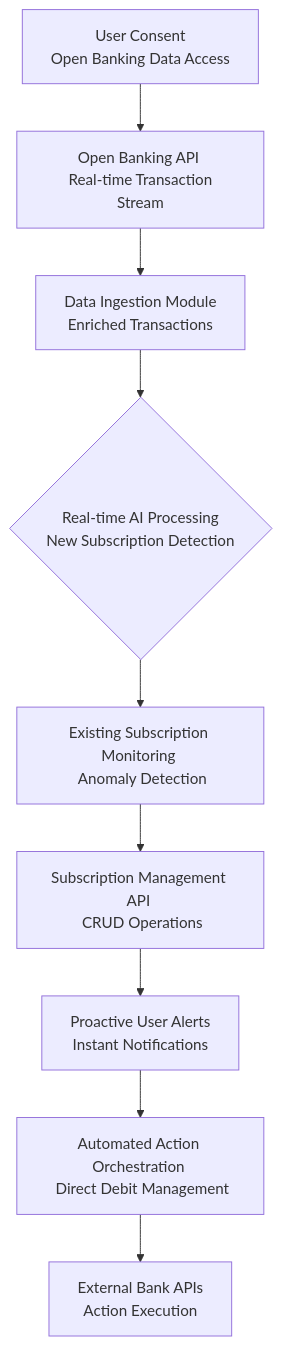
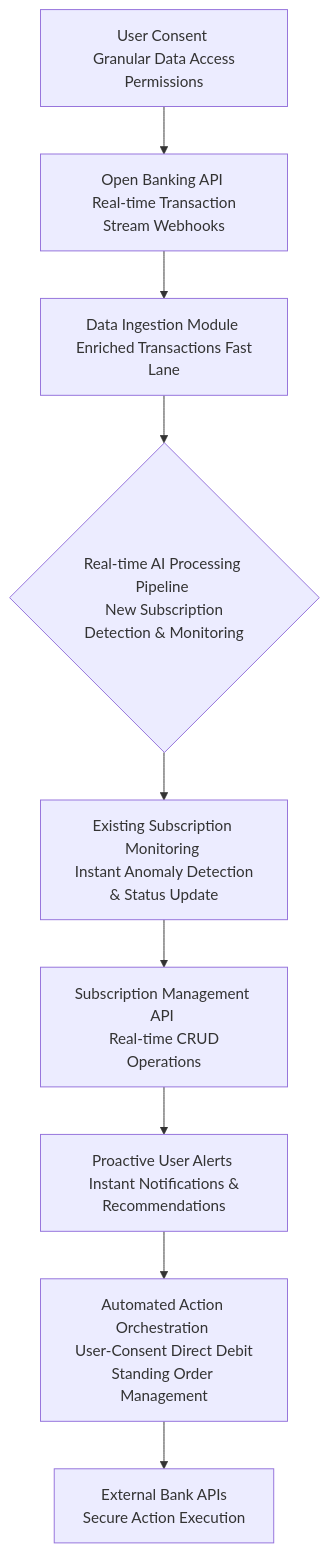
One commit to diplomat-bit/Citibank_Demo_Business_Inc_Demonstration- changed the seventh of 10 diagrams in inventions/006_ai_subscription_detection.md. Above: the diagram before and after it, drawn with Mermaid. The commit also changed other lines of this file, not shown here.

Commit message:
[AI] Edit: inventions/006_ai_subscription_detection.md

````diff
--- a/inventions/006_ai_subscription_detection.md
+++ b/inventions/006_ai_subscription_detection.md
@@ -244,11 +248,11 @@
 ```mermaid
 graph TD
-    A[User Consent <br/> Open Banking Data Access] --> B[Open Banking API <br/> Real-time Transaction Stream]
-    B --> C[Data Ingestion Module <br/> Enriched Transactions]
-    C --> D{Real-time AI Processing <br/> New Subscription Detection}
-    D --> E[Existing Subscription Monitoring <br/> Anomaly Detection]
-    E --> F[Subscription Management API <br/> CRUD Operations]
-    F --> G[Proactive User Alerts <br/> Instant Notifications]
-    G --> H[Automated Action Orchestration <br/> Direct Debit Management]
-    H --> I[External Bank APIs <br/> Action Execution]
+    A[User Consent <br/> Granular Data Access Permissions] --> B[Open Banking API <br/> Real-time Transaction Stream Webhooks]
+    B --> C[Data Ingestion Module <br/> Enriched Transactions Fast Lane]
+    C --> D{Real-time AI Processing Pipeline <br/> New Subscription Detection & Monitoring}
+    D --> E[Existing Subscription Monitoring <br/> Instant Anomaly Detection & Status Update]
+    E --> F[Subscription Management API <br/> Real-time CRUD Operations]
+    F --> G[Proactive User Alerts <br/> Instant Notifications & Recommendations]
+    G --> H[Automated Action Orchestration <br/> User-Consent Direct Debit Standing Order Management]
+    H --> I[External Bank APIs <br/> Secure Action Execution]
 ```
````
